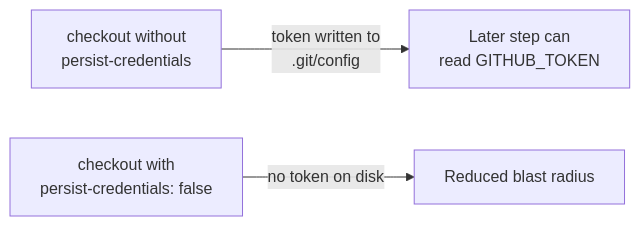
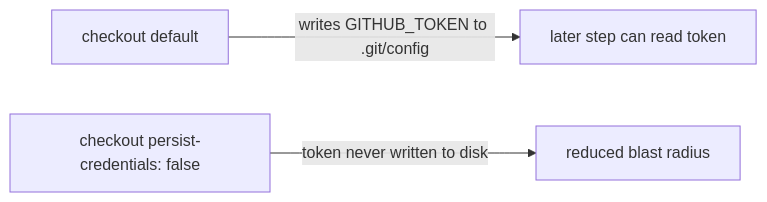
Before and after one commit to stSoftwareAU/GRQ-validation: the diagram in docs/archive/pr-summaries/pr-summary-735.md, drawn with Mermaid. The commit also changed other lines of this file, not shown here.

````diff
--- a/docs/archive/pr-summaries/pr-summary-735.md
+++ b/docs/archive/pr-summaries/pr-summary-735.md
@@ -17,5 +16,5 @@
 ```mermaid
 flowchart LR
-    A[checkout without<br/>persist-credentials] -->|token written to<br/>.git/config| B[Later step can<br/>read GITHUB_TOKEN]
-    C[checkout with<br/>persist-credentials: false] -->|no token on disk| D[Reduced blast radius]
+    A[checkout default] -->|writes GITHUB_TOKEN to .git/config| B[later step can read token]
+    C[checkout persist-credentials: false] -->|token never written to disk| D[reduced blast radius]
 ```
````
